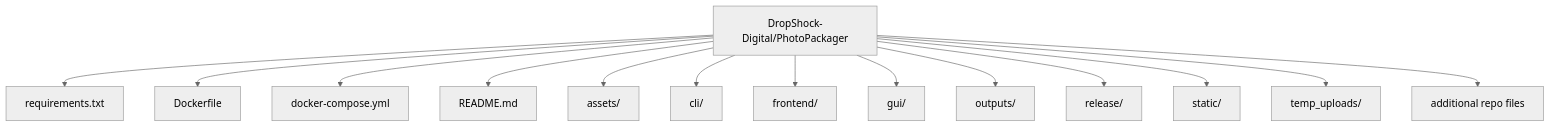
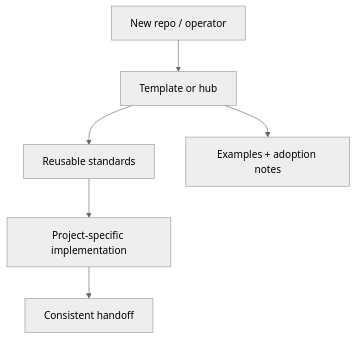
The diagram in README.md (DropShock-Digital/PhotoPackager), drawn with Mermaid (neutral theme) before and after one commit. The commit also changed other lines of this file, not shown here.

Commit message:
docs: remake README with DropShock rich repo standard [skip ci]

````diff
--- a/README.md
+++ b/README.md
@@ -16,17 +32,8 @@
 ```mermaid
 flowchart TD
-  R["DropShock-Digital/PhotoPackager"]
-  R --> N1["requirements.txt"]
-  R --> N2["Dockerfile"]
-  R --> N3["docker-compose.yml"]
-  R --> N4["README.md"]
-  R --> N5["assets/"]
-  R --> N6["cli/"]
-  R --> N7["frontend/"]
-  R --> N8["gui/"]
-  R --> N9["outputs/"]
-  R --> N10["release/"]
-  R --> N11["static/"]
-  R --> N12["temp_uploads/"]
-  R --> MORE["additional repo files"]
+    A["New repo / operator"] --> B["Template or hub"]
+    B --> C["Reusable standards"]
+    C --> D["Project-specific implementation"]
+    D --> E["Consistent handoff"]
+    B --> F["Examples + adoption notes"]
 ```
````
